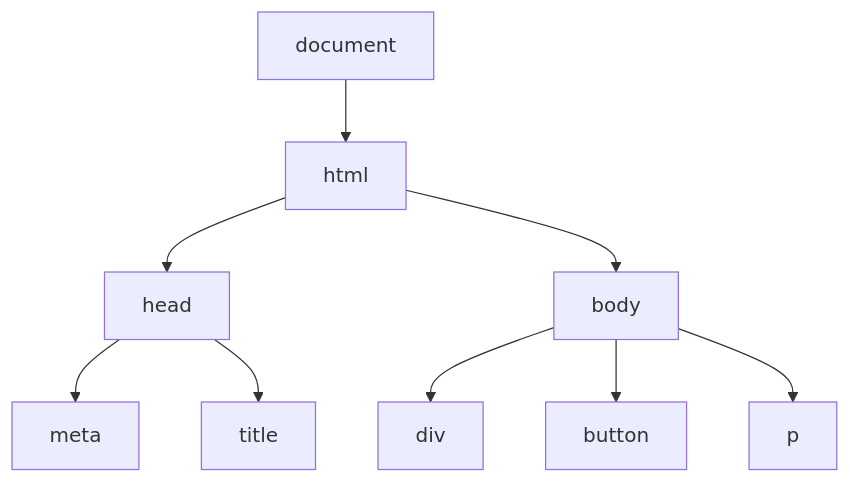
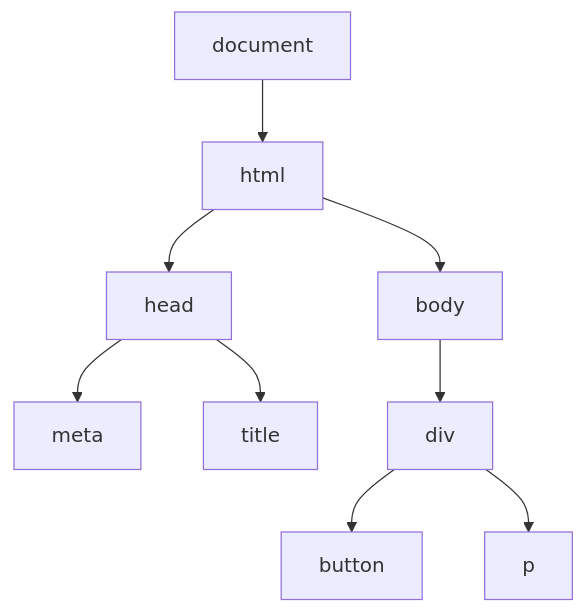
The diagram in pages/domination/react.md (taichi221228/introduction-to-the-javascript-ecosystem), drawn with Mermaid before and after one commit.

Commit message:
fix: Fix mermeid in React section

````diff
--- a/pages/domination/react.md
+++ b/pages/domination/react.md
@@ -77,21 +77,21 @@
 ```mermaid
 graph TD
   document[document]
     html[html]
       head[head]
         meta[meta]
         title[title]
       body[body]
         div[div]
         button[button]
         p[p]
 
   document --> html
     html --> head
       head --> meta
       head --> title
     html --> body
       body --> div
-      body --> button
-      body --> p
+        div --> button
+        div --> p
 ```
````
